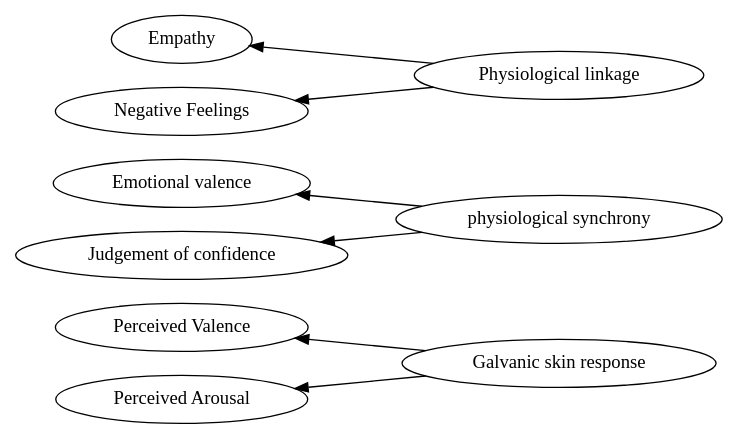
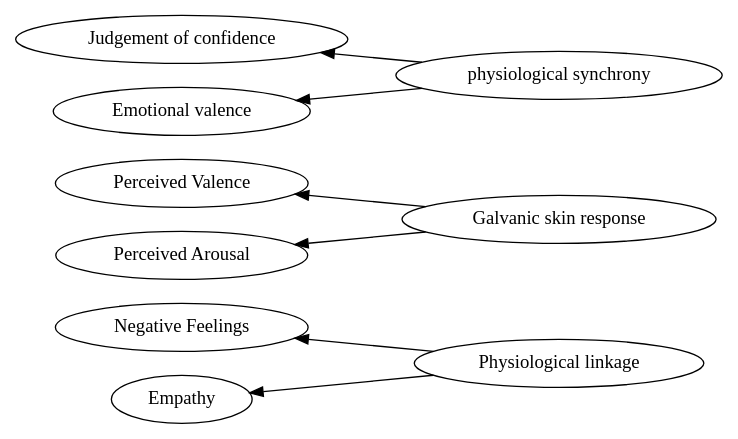
One commit to hgse-schneider/mmca changed the diagram in graphviz/Physiological -> affective.gv. Above: the diagram before and after it, drawn with Graphviz. The commit also changed 174 other files, not shown here.

```diff
--- a/graphviz/Physiological -> affective.gv
+++ b/graphviz/Physiological -> affective.gv
@@ -1,20 +1,20 @@
 digraph Test {
 	rankdir=RL
 	size="15,15"
 	overlap=false
 	splines=true
-	{rank=same; "Galvanic skin response" "physiological synchrony" "Physiological linkage";}
-	{rank=same; "Perceived Valence" "Empathy" "Emotional valence" "Negative Feelings" "Judgement of confidence" "Perceived Arousal";}
-	"Physiological linkage" [href="https://scholar.google.com/scholar?hl=en&q=An%20Interactive%20Table%20for%20Supporting%20Participation%20Balance%20in%20Face-to-Face%20Collaborative%20Learning"]
+	{rank=same; "Physiological linkage" "Galvanic skin response" "physiological synchrony";}
+	{rank=same; "Negative Feelings" "Perceived Valence" "Perceived Arousal" "Empathy" "Judgement of confidence" "Emotional valence";}
+	"Physiological linkage" [href="https://scholar.google.com/scholar?hl=en&q=Physiological%20Linkage%20of%20Dyadic%20Gaming%20Experience"]
 	"Physiological linkage" -> Empathy
-	"Physiological linkage" [href="https://scholar.google.com/scholar?hl=en&q=An%20Interactive%20Table%20for%20Supporting%20Participation%20Balance%20in%20Face-to-Face%20Collaborative%20Learning"]
+	"Physiological linkage" [href="https://scholar.google.com/scholar?hl=en&q=Physiological%20Linkage%20of%20Dyadic%20Gaming%20Experience"]
 	"Physiological linkage" -> "Negative Feelings"
-	"Galvanic skin response" [href="https://scholar.google.com/scholar?hl=en&q=An%20Interactive%20Table%20for%20Supporting%20Participation%20Balance%20in%20Face-to-Face%20Collaborative%20Learning"]
+	"Galvanic skin response" [href="https://scholar.google.com/scholar?hl=en&q=Modeling%20Team-level%20Multimodal%20Dynamics%20during%20Multiparty%20Collaboration"]
 	"Galvanic skin response" -> "Perceived Valence"
-	"Galvanic skin response" [href="https://scholar.google.com/scholar?hl=en&q=An%20Interactive%20Table%20for%20Supporting%20Participation%20Balance%20in%20Face-to-Face%20Collaborative%20Learning"]
+	"Galvanic skin response" [href="https://scholar.google.com/scholar?hl=en&q=Modeling%20Team-level%20Multimodal%20Dynamics%20during%20Multiparty%20Collaboration"]
 	"Galvanic skin response" -> "Perceived Arousal"
-	"physiological synchrony" [href="https://scholar.google.com/scholar?hl=en&q=An%20Interactive%20Table%20for%20Supporting%20Participation%20Balance%20in%20Face-to-Face%20Collaborative%20Learning"]
+	"physiological synchrony" [href="https://scholar.google.com/scholar?hl=en&q=What%20does%20physiological%20synchrony%20reveal%20about%20metacognitive%20experiences%20and%20group%20performance?"]
 	"physiological synchrony" -> "Judgement of confidence"
-	"physiological synchrony" [href="https://scholar.google.com/scholar?hl=en&q=An%20Interactive%20Table%20for%20Supporting%20Participation%20Balance%20in%20Face-to-Face%20Collaborative%20Learning"]
+	"physiological synchrony" [href="https://scholar.google.com/scholar?hl=en&q=What%20does%20physiological%20synchrony%20reveal%20about%20metacognitive%20experiences%20and%20group%20performance?"]
 	"physiological synchrony" -> "Emotional valence"
 }
```
